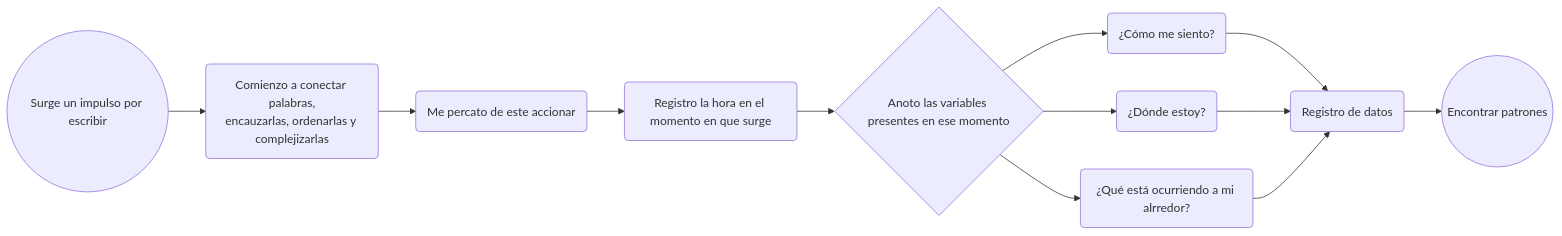
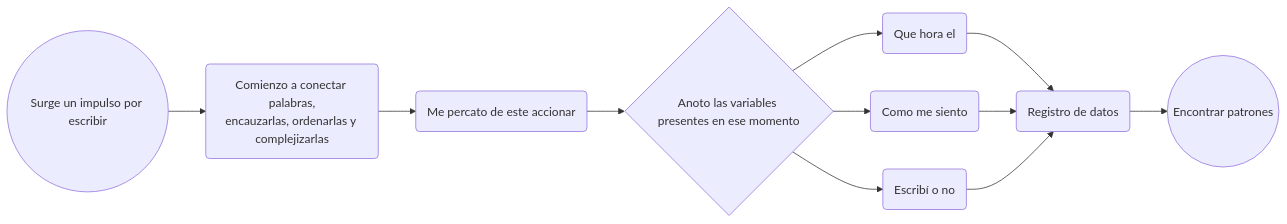
One commit to Bernardita-Jesus/bitacora-diseno-2026 changed the diagram in taller-visualizacion/escala-01/README.md. Above: the diagram before and after it, drawn with Mermaid.

````diff
--- a/taller-visualizacion/escala-01/README.md
+++ b/taller-visualizacion/escala-01/README.md
@@ -79,27 +79,25 @@
 ```mermaid
 ---
 config:
   theme: default
   look: classic
   layout: dagre
 ---
 flowchart LR
     C["Comienzo a conectar palabras,<br>encauzarlas, ordenarlas y complejizarlas"] --> D["Me percato de                este accionar"]
-    D --> E["Registro la hora en el momento en que surge"]
-    E --> F["Anoto las variables presentes en ese momento"]
-    F --> G["¿Cómo me siento?"] & H["¿Dónde estoy?"] & I["¿Qué está ocurriendo a mi alrredor?"]
+    F["Anoto las variables presentes en ese momento"] --> G["Que hora el"] & H["Como me siento"] & I["Escribí o no"]
     G --> K["Registro de datos"]
     H --> K
     I --> K
     K --> L(("Encontrar patrones"))
     A(("Surge un impulso por escribir")) --> C
+    D --> F
 
     C@{ shape: rounded}
     D@{ shape: rounded}
-    E@{ shape: rounded}
     F@{ shape: diam}
     G@{ shape: rounded}
     H@{ shape: rounded}
     I@{ shape: rounded}
     K@{ shape: rounded}
 ```
````
